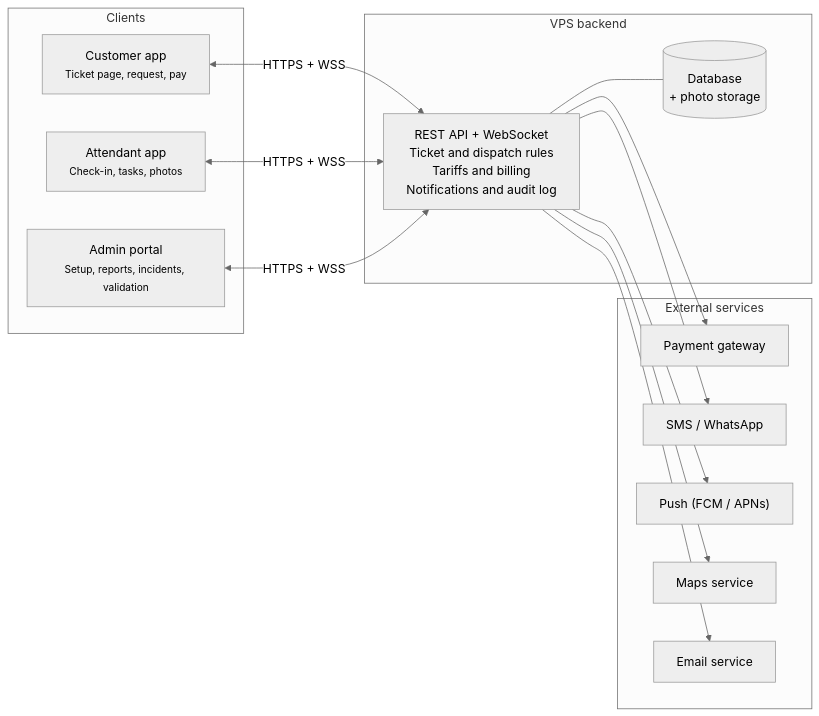
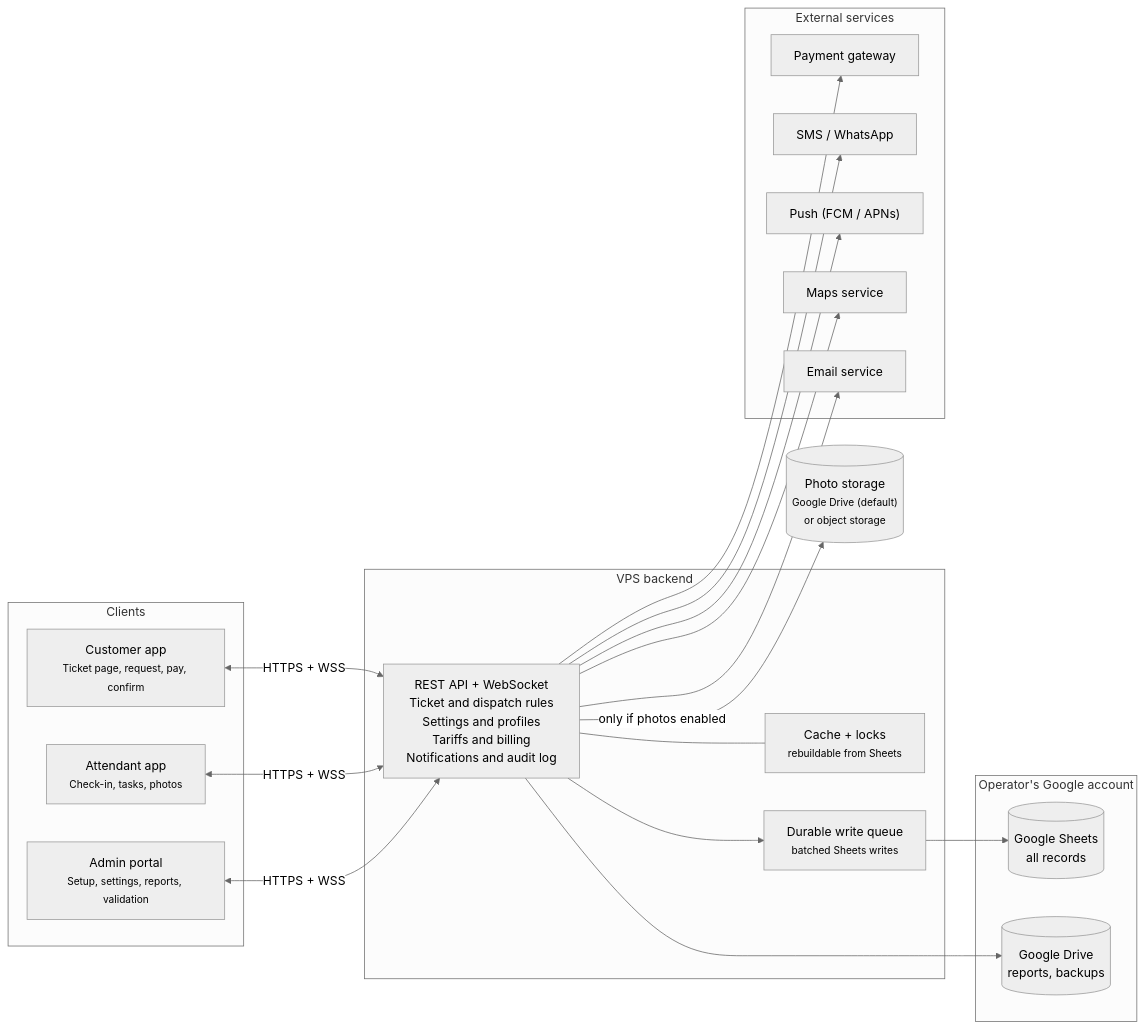
One commit to susheelsanagapalli/valet-parking-system changed the first of 2 diagrams in docs/SRS.md. Above: the diagram before and after it, drawn with Mermaid (neutral theme). The commit also changed other lines of this file and 1 other file, not shown here.

First line of the commit message:
Update SRS to v1.3: service profiles, Google Sheets data store, optional photos

````diff
--- a/docs/SRS.md
+++ b/docs/SRS.md
@@ -81,28 +91,38 @@
 ```mermaid
 flowchart LR
     subgraph Clients
-        C["Customer app<br/><small>Ticket page, request, pay</small>"]
+        C["Customer app<br/><small>Ticket page, request, pay, confirm</small>"]
         A["Attendant app<br/><small>Check-in, tasks, photos</small>"]
-        P["Admin portal<br/><small>Setup, reports, incidents, validation</small>"]
+        P["Admin portal<br/><small>Setup, settings, reports, validation</small>"]
     end
     subgraph Backend["VPS backend"]
-        API["REST API + WebSocket<br/>Ticket and dispatch rules<br/>Tariffs and billing<br/>Notifications and audit log"]
-        DB[("Database<br/>+ photo storage")]
-        API --- DB
+        API["REST API + WebSocket<br/>Ticket and dispatch rules<br/>Settings and profiles<br/>Tariffs and billing<br/>Notifications and audit log"]
+        CACHE["Cache + locks<br/><small>rebuildable from Sheets</small>"]
+        QUEUE["Durable write queue<br/><small>batched Sheets writes</small>"]
+        API --- CACHE
+        API --> QUEUE
     end
+    subgraph Google["Operator's Google account"]
+        SHEETS[("Google Sheets<br/>all records")]
+        DRIVE[("Google Drive<br/>reports, backups")]
+    end
+    PHOTO[("Photo storage<br/><small>Google Drive (default)<br/>or object storage</small>")]
     subgraph External["External services"]
         PG[Payment gateway]
         SMS[SMS / WhatsApp]
         PUSH["Push (FCM / APNs)"]
         MAP[Maps service]
         MAIL[Email service]
     end
     C <-->|HTTPS + WSS| API
     A <-->|HTTPS + WSS| API
     P <-->|HTTPS + WSS| API
+    QUEUE --> SHEETS
+    API --> DRIVE
+    API -->|only if photos enabled| PHOTO
     API --> PG
     API --> SMS
     API --> PUSH
     API --> MAP
     API --> MAIL
 ```
````
